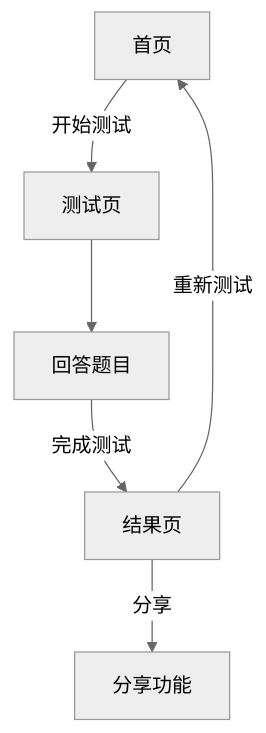
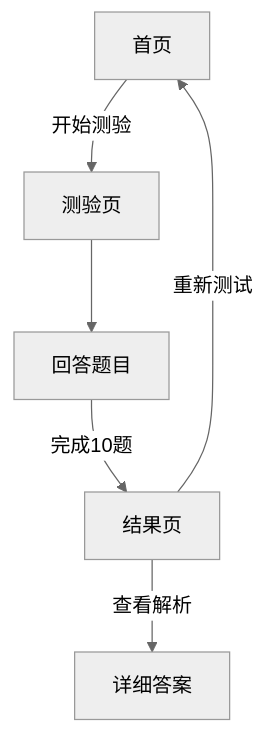
The diagram in .trae/documents/prd.md (zhengfan1017/-), drawn with Mermaid (neutral theme) before and after one commit. The commit also changed other lines of this file and 1 other file, not shown here.

````diff
--- a/.trae/documents/prd.md
+++ b/.trae/documents/prd.md
@@ -29,8 +36,8 @@
 ```mermaid
 flowchart TD
-    A[首页] -->|开始测试| B[测试页]
+    A[首页] -->|开始测验| B[测验页]
     B --> C[回答题目]
-    C -->|完成测试| D[结果页]
+    C -->|完成10题| D[结果页]
+    D -->|查看解析| E[详细答案]
     D -->|重新测试| A
-    D -->|分享| E[分享功能]
 ```
````
